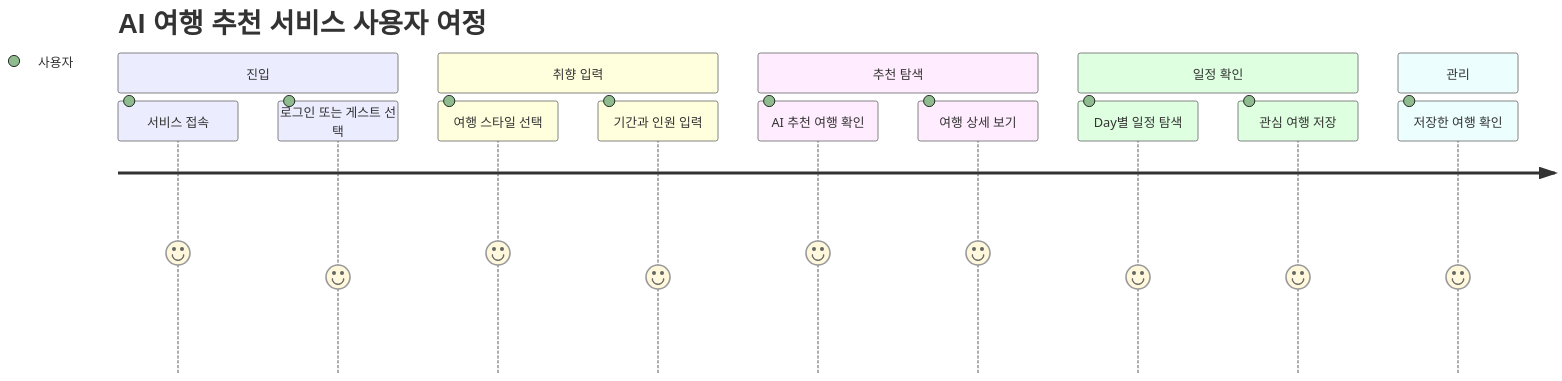
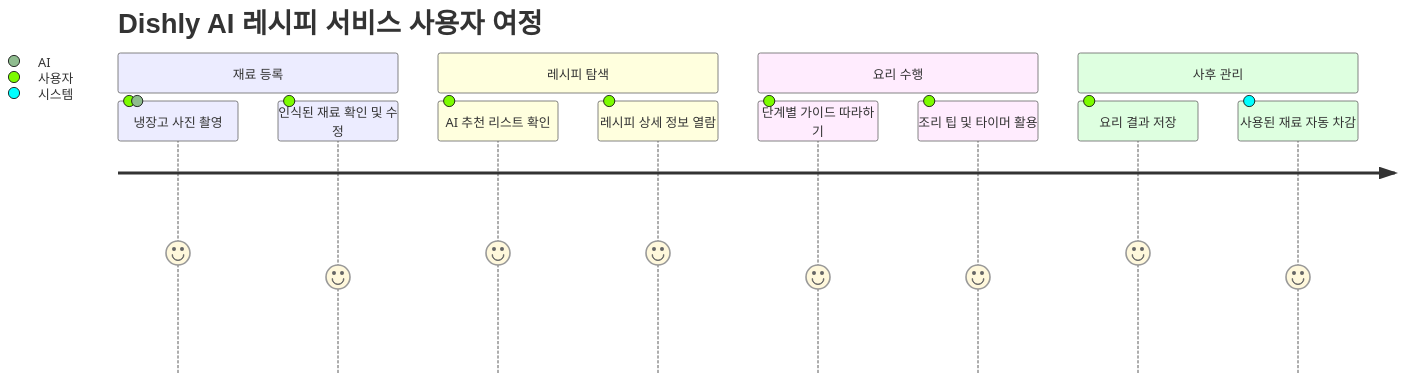
Before and after one commit to kny45112003-hue/dishly-ai-recipe: the third of 4 diagrams in README.md, drawn with Mermaid. The commit also changed other lines of this file, not shown here.

````diff
--- a/README.md
+++ b/README.md
@@ -91,18 +87,17 @@
 ```mermaid
 journey
-    title AI 여행 추천 서비스 사용자 여정
-    section 진입
-      서비스 접속: 5: 사용자
-      로그인 또는 게스트 선택: 4: 사용자
-    section 취향 입력
-      여행 스타일 선택: 5: 사용자
-      기간과 인원 입력: 4: 사용자
-    section 추천 탐색
-      AI 추천 여행 확인: 5: 사용자
-      여행 상세 보기: 5: 사용자
-    section 일정 확인
-      Day별 일정 탐색: 4: 사용자
-      관심 여행 저장: 4: 사용자
-    section 관리
-      저장한 여행 확인: 4: 사용자
+    title Dishly AI 레시피 서비스 사용자 여정
+    section 재료 등록
+      냉장고 사진 촬영: 5: 사용자, AI
+      인식된 재료 확인 및 수정: 4: 사용자
+    section 레시피 탐색
+      AI 추천 리스트 확인: 5: 사용자
+      레시피 상세 정보 열람: 5: 사용자
+    section 요리 수행
+      단계별 가이드 따라하기: 4: 사용자
+      조리 팁 및 타이머 활용: 4: 사용자
+    section 사후 관리
+      요리 결과 저장: 5: 사용자
+      사용된 재료 자동 차감: 4: 시스템
+
 ```
````
